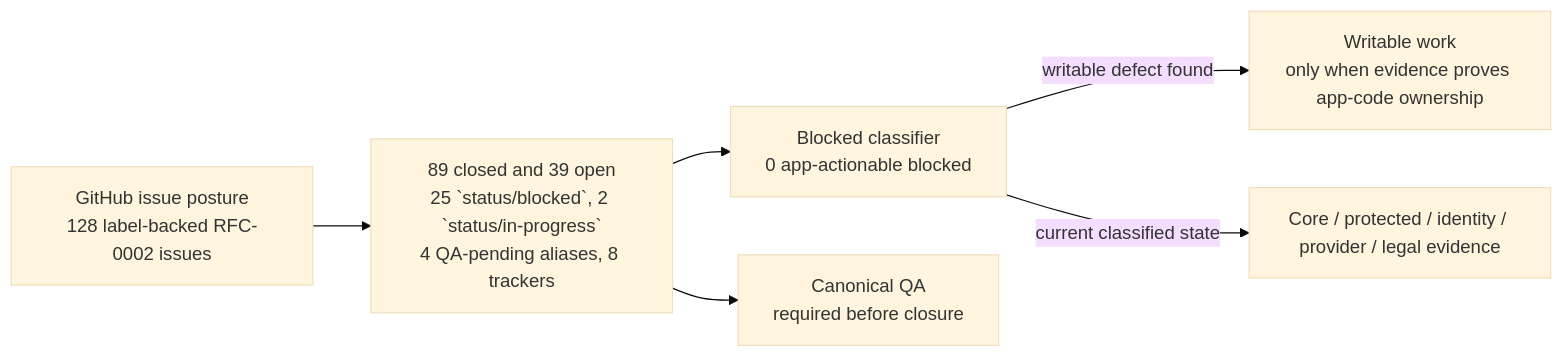
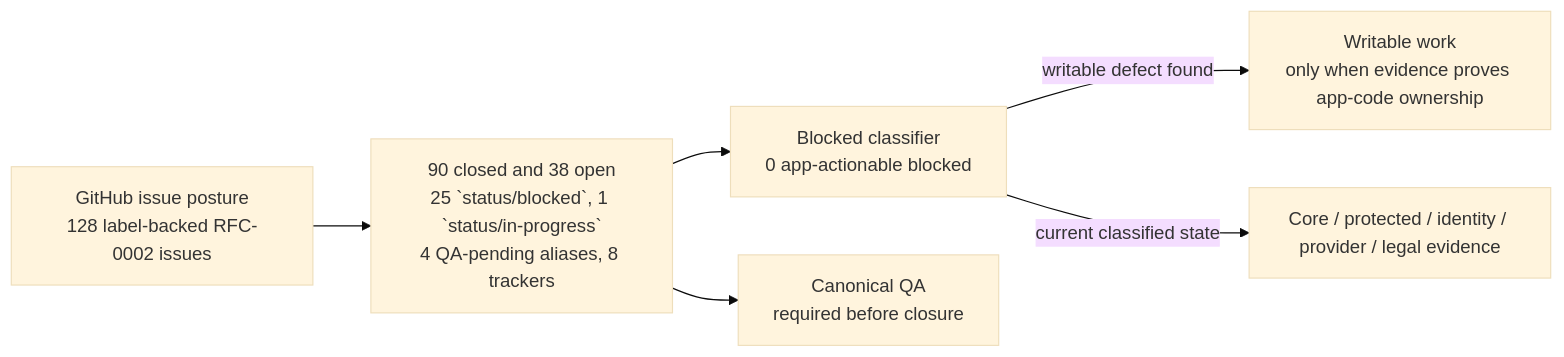
The first of 2 diagrams in wiki/RFC-0002-Execution-Status.md (sgajbi/lotus-idea), drawn with Mermaid (base theme) before and after one commit. The commit also changed other lines of this file and 16 other files, not shown here.

````diff
--- a/wiki/RFC-0002-Execution-Status.md
+++ b/wiki/RFC-0002-Execution-Status.md
@@ -39,15 +39,15 @@
 ```mermaid
 flowchart LR
     Issues["GitHub issue posture<br/>128 label-backed RFC-0002 issues"]
-    Open["89 closed and 39 open<br/>25 `status/blocked`, 2 `status/in-progress`<br/>4 QA-pending aliases, 8 trackers"]
+    Open["90 closed and 38 open<br/>25 `status/blocked`, 1 `status/in-progress`<br/>4 QA-pending aliases, 8 trackers"]
     Blocked["Blocked classifier<br/>0 app-actionable blocked"]
     Work["Writable work<br/>only when evidence proves app-code ownership"]
     External["Core / protected / identity / provider / legal evidence"]
     QA["Canonical QA<br/>required before closure"]
 
     Issues --> Open
     Open --> Blocked
     Blocked -->|"writable defect found"| Work
     Blocked -->|"current classified state"| External
     Open --> QA
 ```
````
